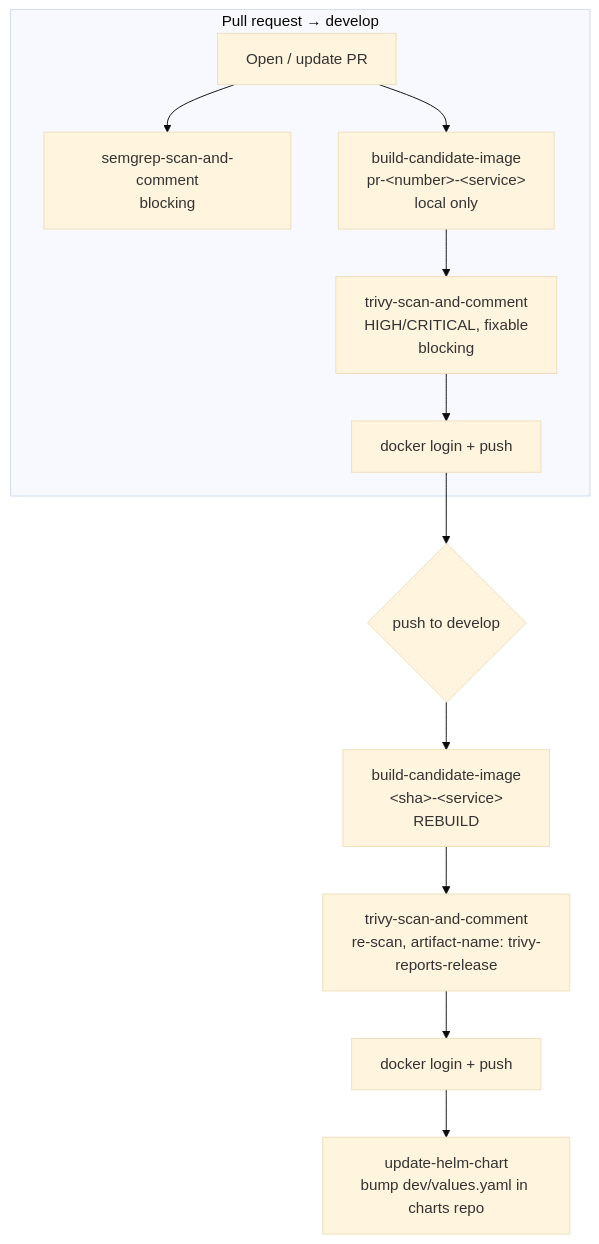
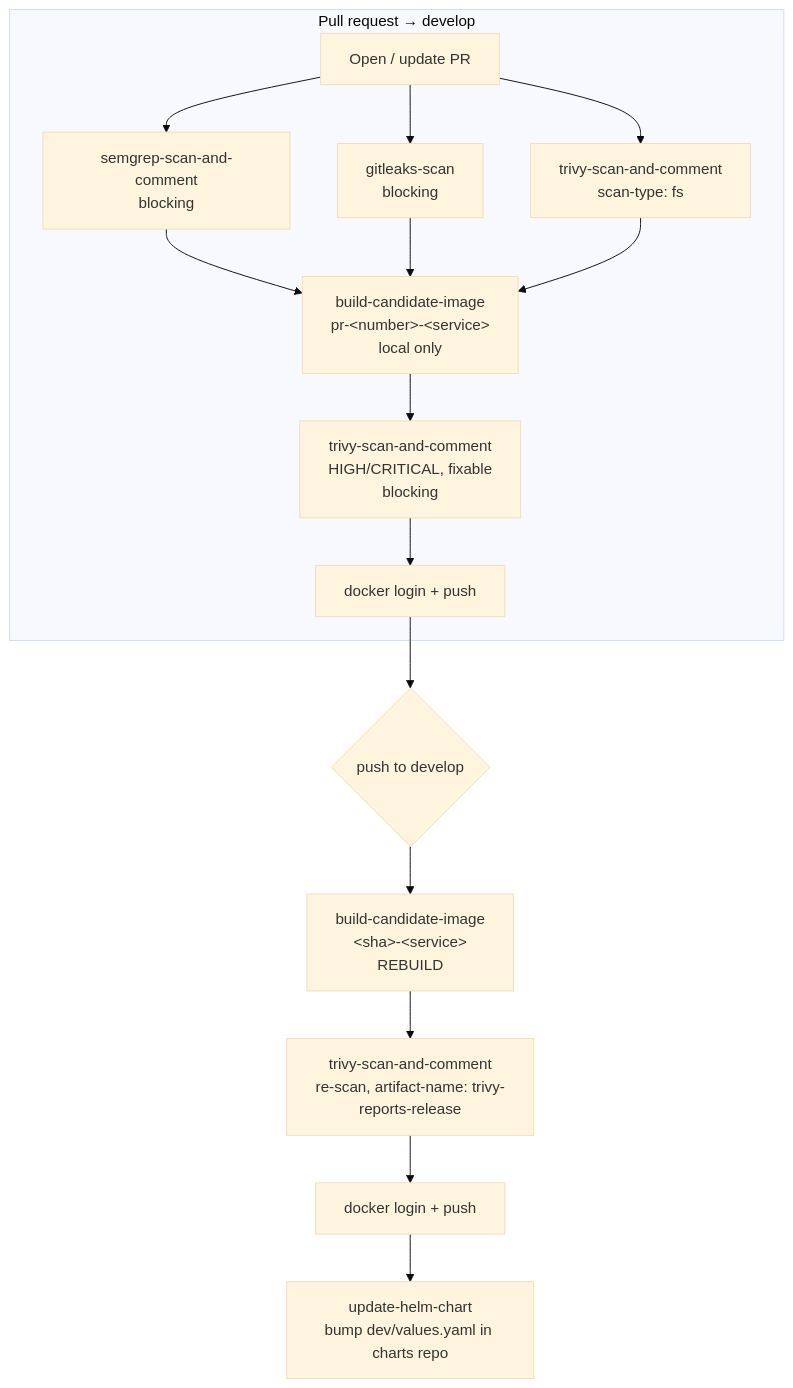
Before and after one commit to atkaridarshan04/shared-ci-actions: the diagram in docs/using/dev-pipeline.md, drawn with Mermaid (base theme). The commit also changed other lines of this file and 5 other files, not shown here.

````diff
--- a/docs/using/dev-pipeline.md
+++ b/docs/using/dev-pipeline.md
@@ -30,15 +30,19 @@
 ```mermaid
 flowchart TD
     subgraph PR["Pull request → develop"]
         A[Open / update PR] --> B["semgrep-scan-and-comment<br/>blocking"]
-        A --> C["build-candidate-image<br/>pr-&lt;number&gt;-&lt;service&gt;<br/>local only"]
+        A --> B2["gitleaks-scan<br/>blocking"]
+        A --> B3["trivy-scan-and-comment<br/>scan-type: fs"]
+        B --> C["build-candidate-image<br/>pr-&lt;number&gt;-&lt;service&gt;<br/>local only"]
+        B2 --> C
+        B3 --> C
         C --> D["trivy-scan-and-comment<br/>HIGH/CRITICAL, fixable<br/>blocking"]
         D --> E["docker login + push"]
     end
 
     E --> M{push to develop}
     M --> F1["build-candidate-image<br/>&lt;sha&gt;-&lt;service&gt;<br/>REBUILD"]
     F1 --> F2["trivy-scan-and-comment<br/>re-scan, artifact-name: trivy-reports-release"]
     F2 --> F3["docker login + push"]
     F3 --> G["update-helm-chart<br/>bump dev/values.yaml in charts repo"]
 ```
````
